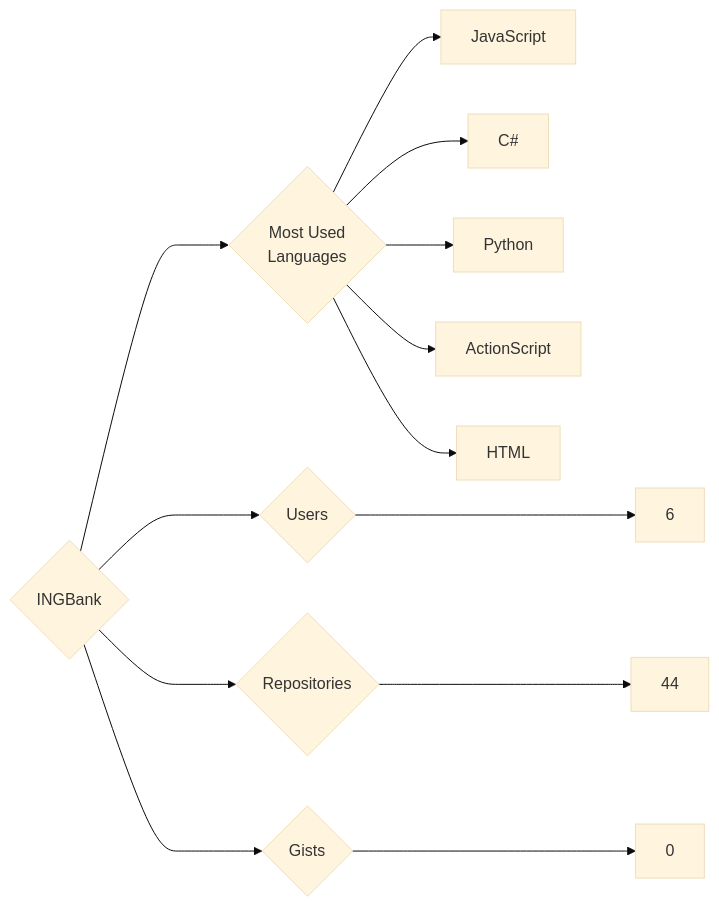
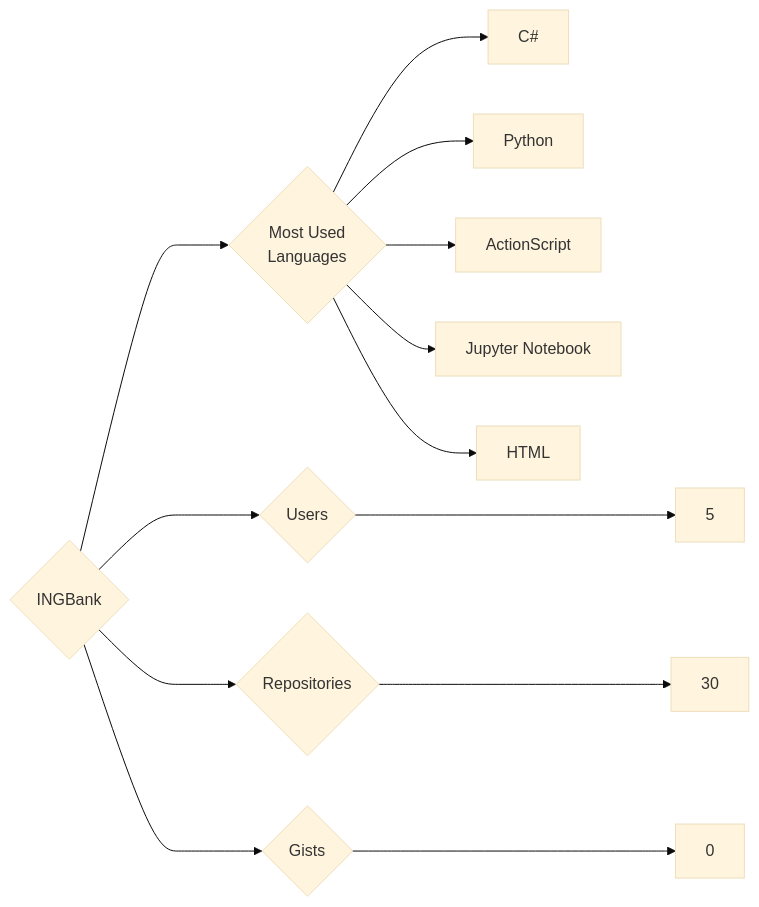
The diagram in targets/INGBank/README.md (trickest/insiders), drawn with Mermaid (base theme) before and after one commit. The commit also changed 1238 other files, not shown here.

````diff
--- a/targets/INGBank/README.md
+++ b/targets/INGBank/README.md
@@ -3,13 +3,13 @@
 ```mermaid
 graph LR
 COMPANY_NAME{INGBank}
-COMPANY_NAME ---> U{Users} ---> UN[6]
-COMPANY_NAME ---> R{Repositories} ---> RN[44]
+COMPANY_NAME ---> U{Users} ---> UN[5]
+COMPANY_NAME ---> R{Repositories} ---> RN[30]
 COMPANY_NAME ---> G{Gists} ---> GN[0]
 COMPANY_NAME ---> ML{Most Used<br>Languages}
-ML --> JavaScript[JavaScript]
 ML --> C#[C#]
 ML --> Python[Python]
 ML --> ActionScript[ActionScript]
+ML --> Jupyter_Notebook[Jupyter Notebook]
 ML --> HTML[HTML]
 ```
````
